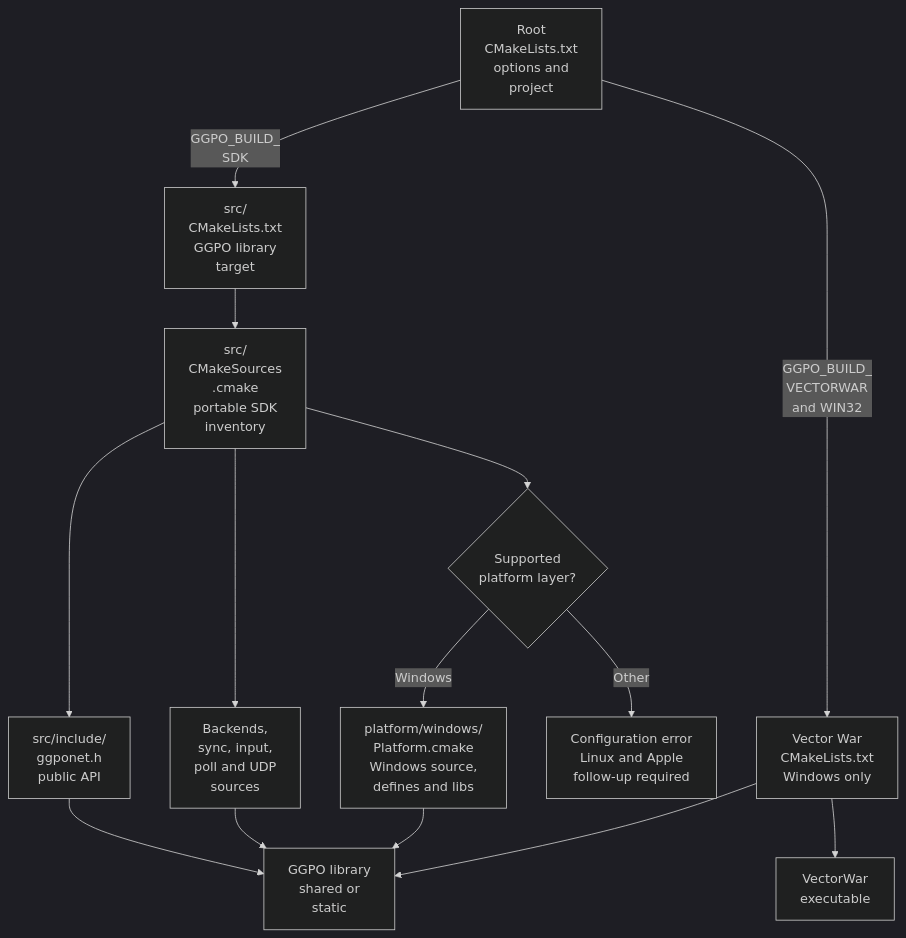
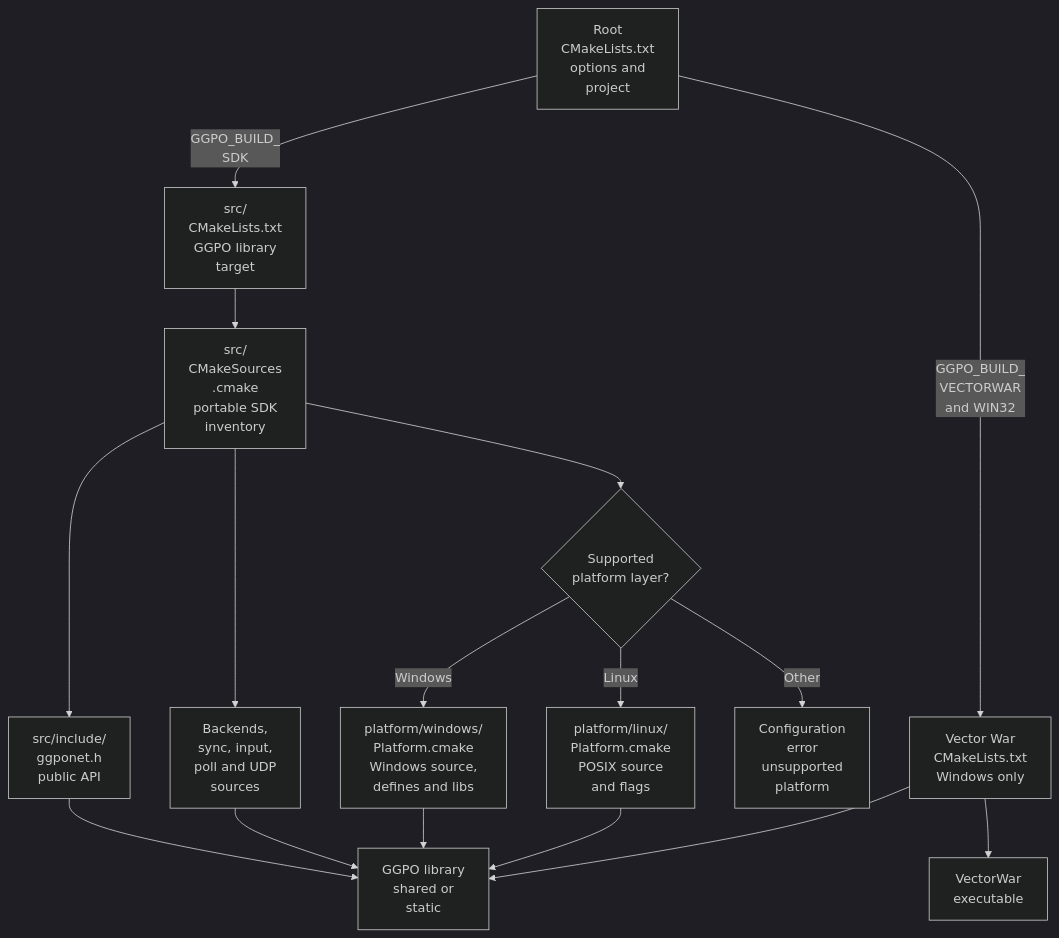
The diagram in doc/architecture/Build.md (irregularthanis/ggpo-next), drawn with Mermaid (dark theme) before and after one commit. The commit also changed other lines of this file and 26 other files, not shown here.

````diff
--- a/doc/architecture/Build.md
+++ b/doc/architecture/Build.md
@@ -28,28 +29,31 @@
 ```mermaid
 flowchart TD
     Root["Root<br/>CMakeLists.txt<br/>options and<br/>project"]
     SDKList["src/<br/>CMakeLists.txt<br/>GGPO library<br/>target"]
     Sources["src/<br/>CMakeSources<br/>.cmake<br/>portable SDK<br/>inventory"]
     Public["src/include/<br/>ggponet.h<br/>public API"]
     Core["Backends,<br/>sync, input,<br/>poll and UDP<br/>sources"]
     Platform{"Supported<br/>platform layer?"}
     Windows["platform/windows/<br/>Platform.cmake<br/>Windows source,<br/>defines and libs"]
-    Unsupported["Configuration error<br/>Linux and Apple<br/>follow-up required"]
+    Linux["platform/linux/<br/>Platform.cmake<br/>POSIX source<br/>and flags"]
+    Unsupported["Configuration<br/>error<br/>unsupported<br/>platform"]
     Library["GGPO library<br/>shared or<br/>static"]
     SampleList["Vector War<br/>CMakeLists.txt<br/>Windows only"]
     Sample["VectorWar<br/>executable"]
 
     Root -->|"GGPO_BUILD_<br/>SDK"| SDKList
     SDKList --> Sources
     Sources --> Public
     Sources --> Core
     Sources --> Platform
     Platform -->|"Windows"| Windows
+    Platform -->|"Linux"| Linux
     Platform -->|"Other"| Unsupported
     Public --> Library
     Core --> Library
     Windows --> Library
+    Linux --> Library
     Root -->|"GGPO_BUILD_<br/>VECTORWAR<br/>and WIN32"| SampleList
     SampleList --> Library
     SampleList --> Sample
 ```
````
